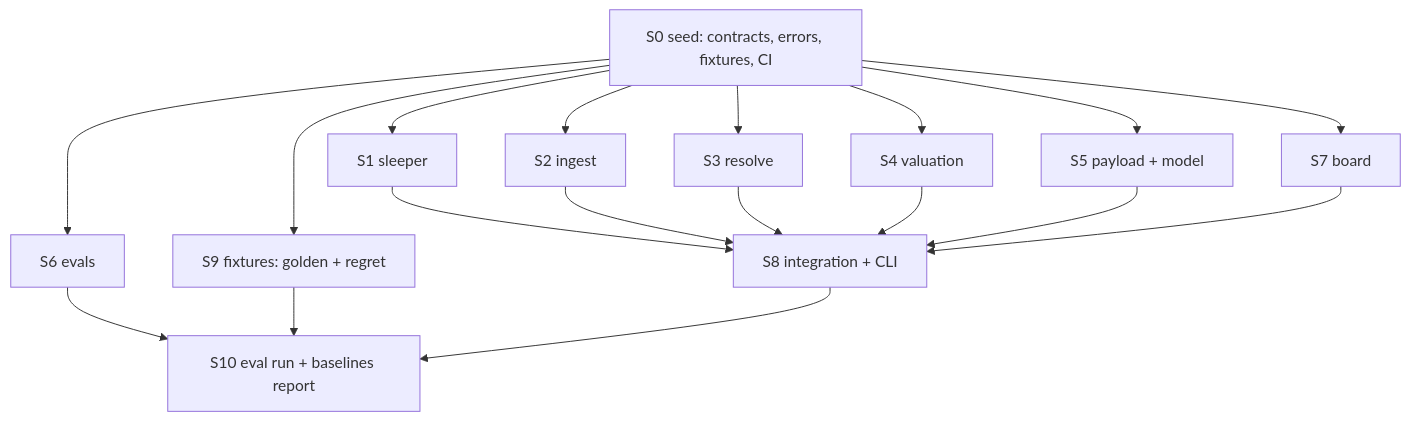
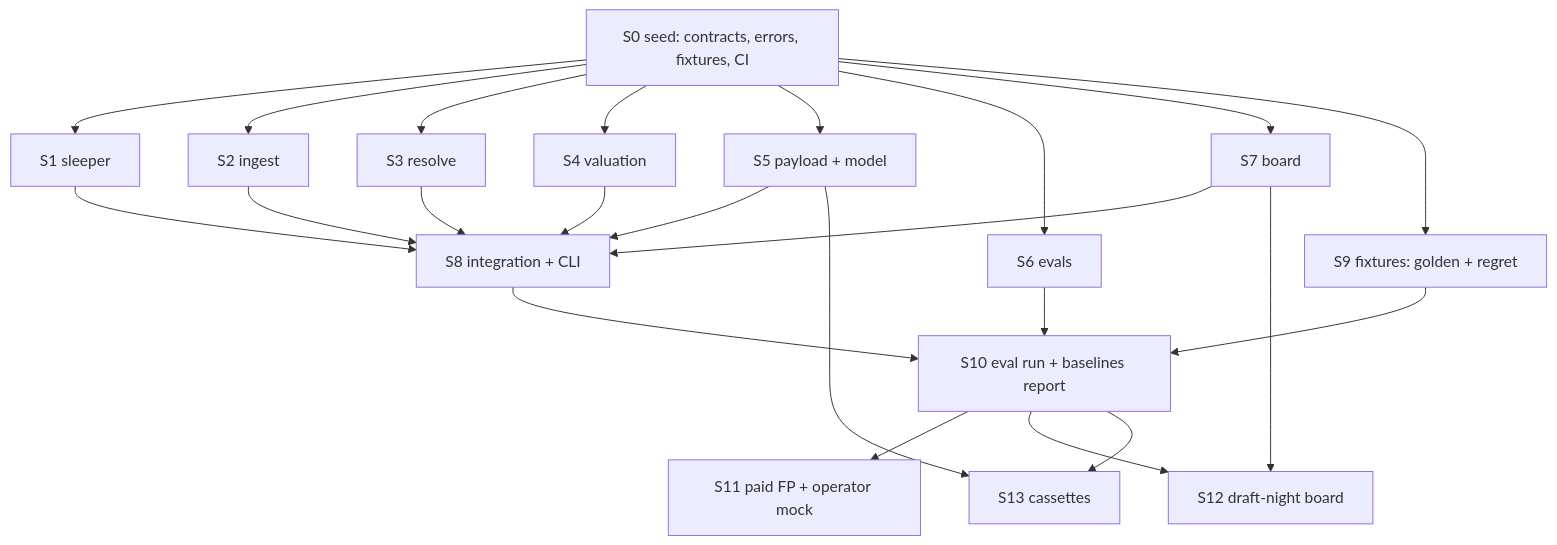
The diagram in docs/PLAN.md (alemtani/vorpal), drawn with Mermaid before and after one commit. The commit also changed other lines of this file and 18 other files, not shown here.

````diff
--- a/docs/PLAN.md
+++ b/docs/PLAN.md
@@ -98,21 +98,26 @@
 ```mermaid
 flowchart TD
   S0[S0 seed: contracts, errors, fixtures, CI]
   S0 --> S1[S1 sleeper]
   S0 --> S2[S2 ingest]
   S0 --> S3[S3 resolve]
   S0 --> S4[S4 valuation]
   S0 --> S5[S5 payload + model]
   S0 --> S6[S6 evals]
   S0 --> S7[S7 board]
   S0 --> S9[S9 fixtures: golden + regret]
   S1 --> S8[S8 integration + CLI]
   S2 --> S8
   S3 --> S8
   S4 --> S8
   S5 --> S8
   S7 --> S8
   S6 --> S10[S10 eval run + baselines report]
   S9 --> S10
   S8 --> S10
+  S10 --> S11[S11 paid FP + operator mock]
+  S7 --> S12[S12 draft-night board]
+  S10 --> S12
+  S5 --> S13[S13 cassettes]
+  S10 --> S13
 ```
````
